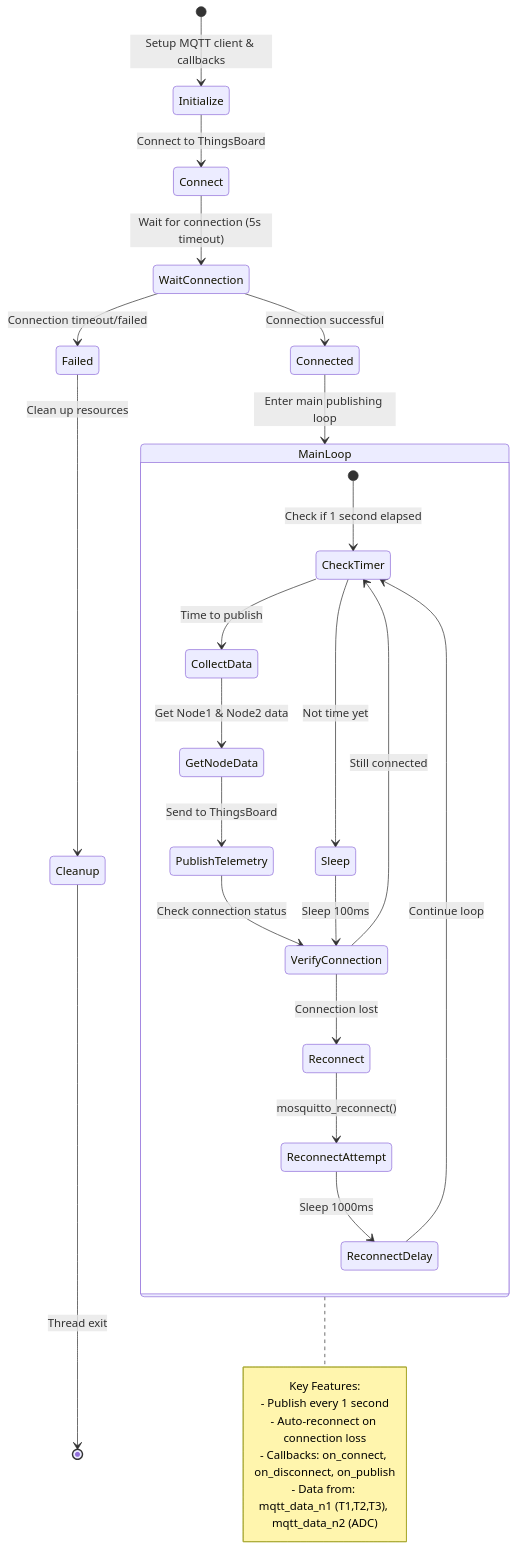
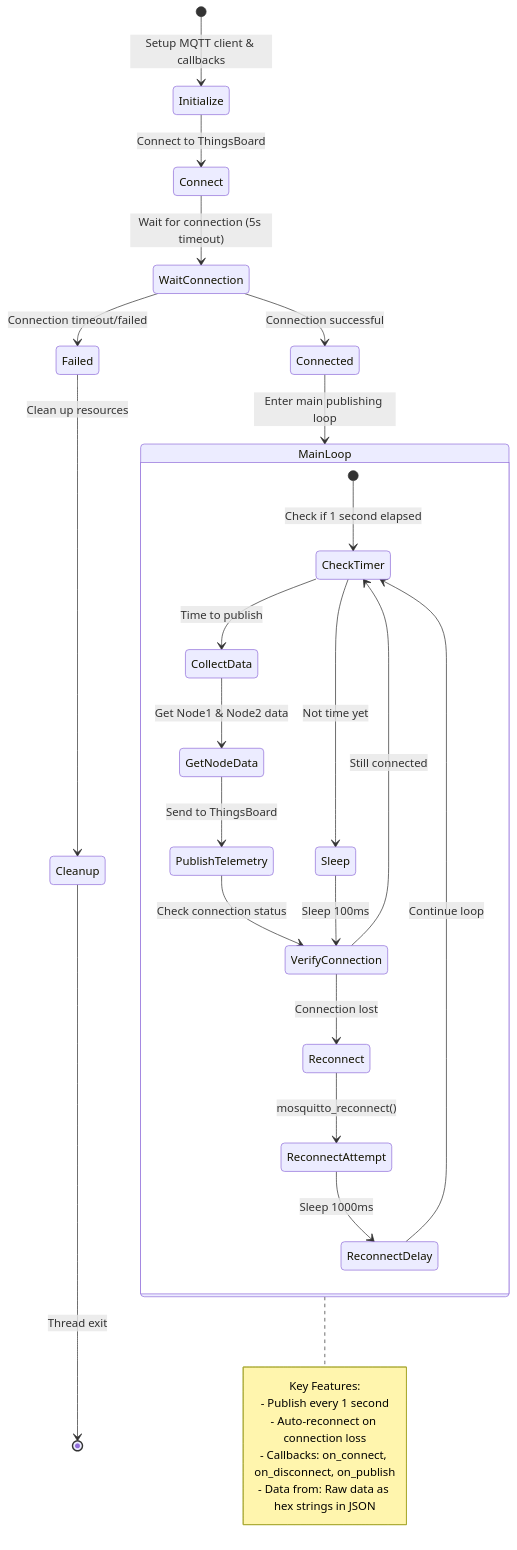
Before and after one commit to hongthiennhan/DATN_Gateway: the fourth of 4 diagrams in README.md, drawn with Mermaid. The commit also changed other lines of this file, not shown here.

````diff
--- a/README.md
+++ b/README.md
@@ -107,42 +112,42 @@
 ```mermaid
 stateDiagram-v2
     [*] --> Initialize: Setup MQTT client & callbacks
     Initialize --> Connect: Connect to ThingsBoard
     Connect --> WaitConnection: Wait for connection (5s timeout)
     
     WaitConnection --> Connected: Connection successful
     WaitConnection --> Failed: Connection timeout/failed
     
     Connected --> MainLoop: Enter main publishing loop
     
     state MainLoop {
         [*] --> CheckTimer: Check if 1 second elapsed
         CheckTimer --> CollectData: Time to publish
         CheckTimer --> Sleep: Not time yet
         
         CollectData --> GetNodeData: Get Node1 & Node2 data
         GetNodeData --> PublishTelemetry: Send to ThingsBoard
         PublishTelemetry --> VerifyConnection: Check connection status
         
         Sleep --> VerifyConnection: Sleep 100ms
         
         VerifyConnection --> CheckTimer: Still connected
         VerifyConnection --> Reconnect: Connection lost
         
         Reconnect --> ReconnectAttempt: mosquitto_reconnect()
         ReconnectAttempt --> ReconnectDelay: Sleep 1000ms
         ReconnectDelay --> CheckTimer: Continue loop
     }
     
     Failed --> Cleanup: Clean up resources
     Cleanup --> [*]: Thread exit
     
     note right of MainLoop
         Key Features:
         - Publish every 1 second
         - Auto-reconnect on connection loss
         - Callbacks: on_connect, on_disconnect, on_publish
-        - Data from: mqtt_data_n1 (T1,T2,T3), mqtt_data_n2 (ADC)
+        - Data from: Raw data as hex strings in JSON
     end note
 
 ```
````
